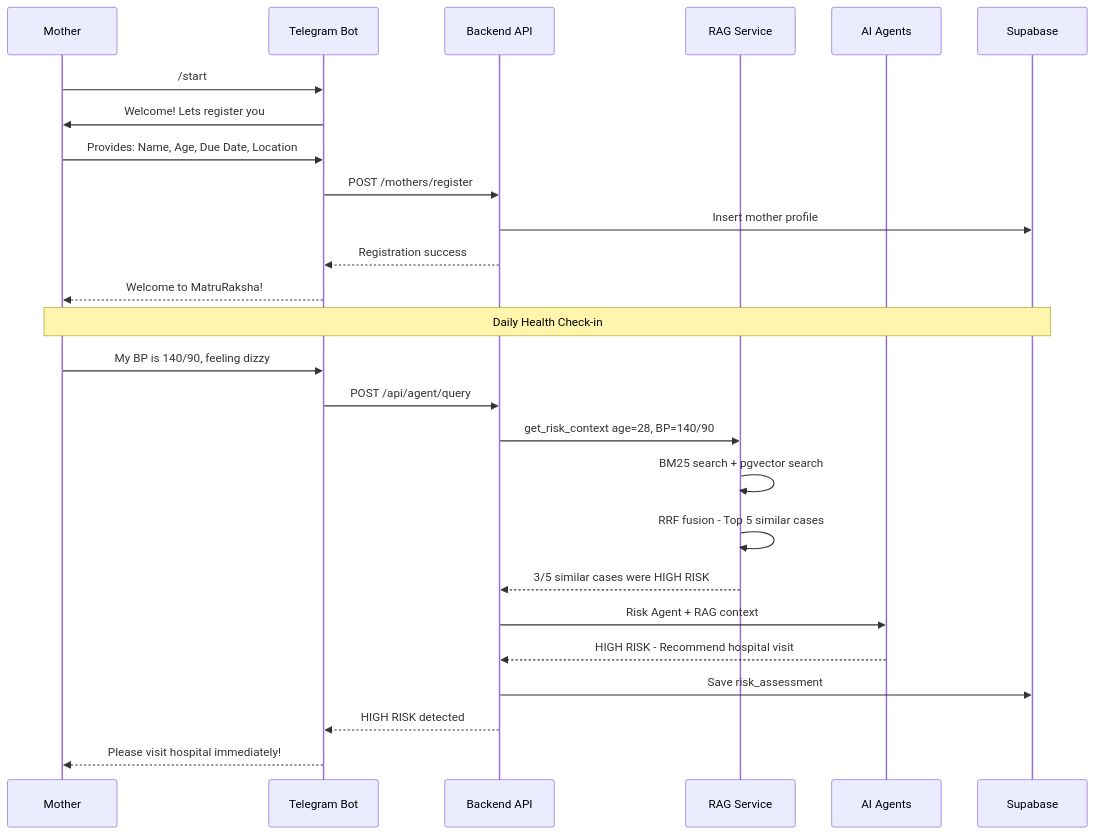
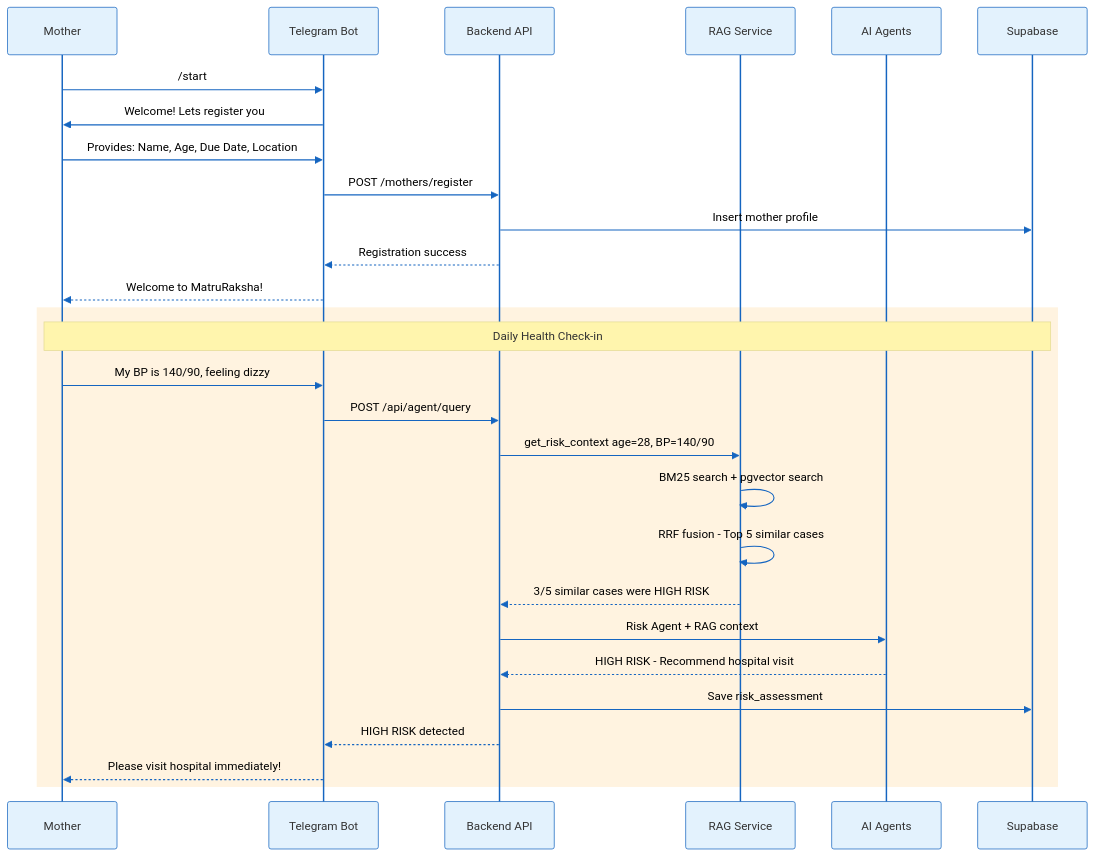
Before and after one commit to AIUtsavBot/aanchal_ai: the fifth of 8 diagrams in README.md, drawn with Mermaid. The commit also changed other lines of this file, not shown here.

Commit message:
Update Mermaid diagrams with vibrant colors for better contrast

````diff
--- a/README.md
+++ b/README.md
@@ -264,30 +317,33 @@
 ```mermaid
 sequenceDiagram
+    %%{init: {'theme': 'base', 'themeVariables': {'primaryColor': '#e3f2fd', 'edgeLabelBackground':'#ffffff', 'actorBorder': '#1565c0', 'actorBkg': '#e3f2fd', 'signalColor': '#1565c0', 'signalTextColor': '#000000'}}}%%
     participant M as Mother
     participant T as Telegram Bot
     participant B as Backend API
     participant R as RAG Service
     participant AI as AI Agents
     participant DB as Supabase
 
     M->>T: /start
     T->>M: Welcome! Lets register you
     M->>T: Provides: Name, Age, Due Date, Location
     T->>B: POST /mothers/register
     B->>DB: Insert mother profile
     B-->>T: Registration success
     T-->>M: Welcome to MatruRaksha!
 
-    Note over M,DB: Daily Health Check-in
-    M->>T: My BP is 140/90, feeling dizzy
-    T->>B: POST /api/agent/query
-    B->>R: get_risk_context age=28, BP=140/90
-    R->>R: BM25 search + pgvector search
-    R->>R: RRF fusion - Top 5 similar cases
-    R-->>B: 3/5 similar cases were HIGH RISK
-    B->>AI: Risk Agent + RAG context
-    AI-->>B: HIGH RISK - Recommend hospital visit
-    B->>DB: Save risk_assessment
-    B-->>T: HIGH RISK detected
-    T-->>M: Please visit hospital immediately!
+    rect rgb(255, 243, 224)
+        Note over M,DB: Daily Health Check-in
+        M->>T: My BP is 140/90, feeling dizzy
+        T->>B: POST /api/agent/query
+        B->>R: get_risk_context age=28, BP=140/90
+        R->>R: BM25 search + pgvector search
+        R->>R: RRF fusion - Top 5 similar cases
+        R-->>B: 3/5 similar cases were HIGH RISK
+        B->>AI: Risk Agent + RAG context
+        AI-->>B: HIGH RISK - Recommend hospital visit
+        B->>DB: Save risk_assessment
+        B-->>T: HIGH RISK detected
+        T-->>M: Please visit hospital immediately!
+    end
 ```
````
